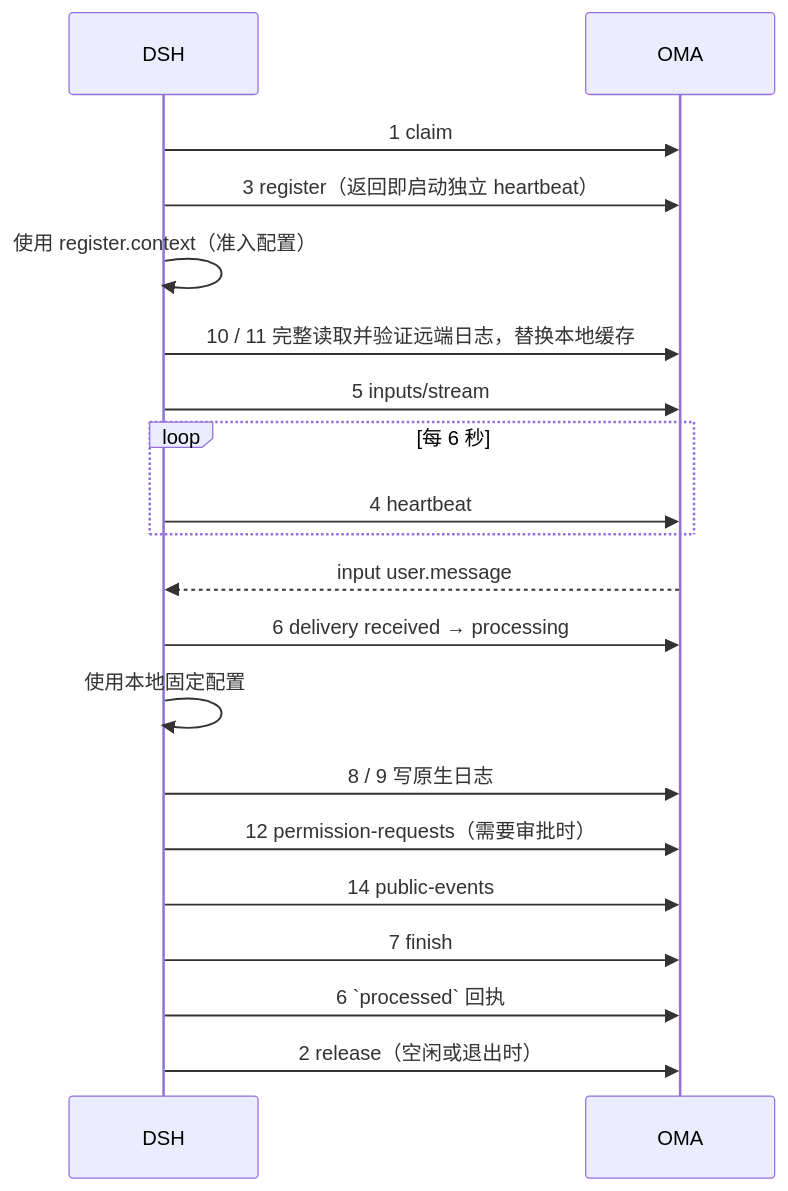
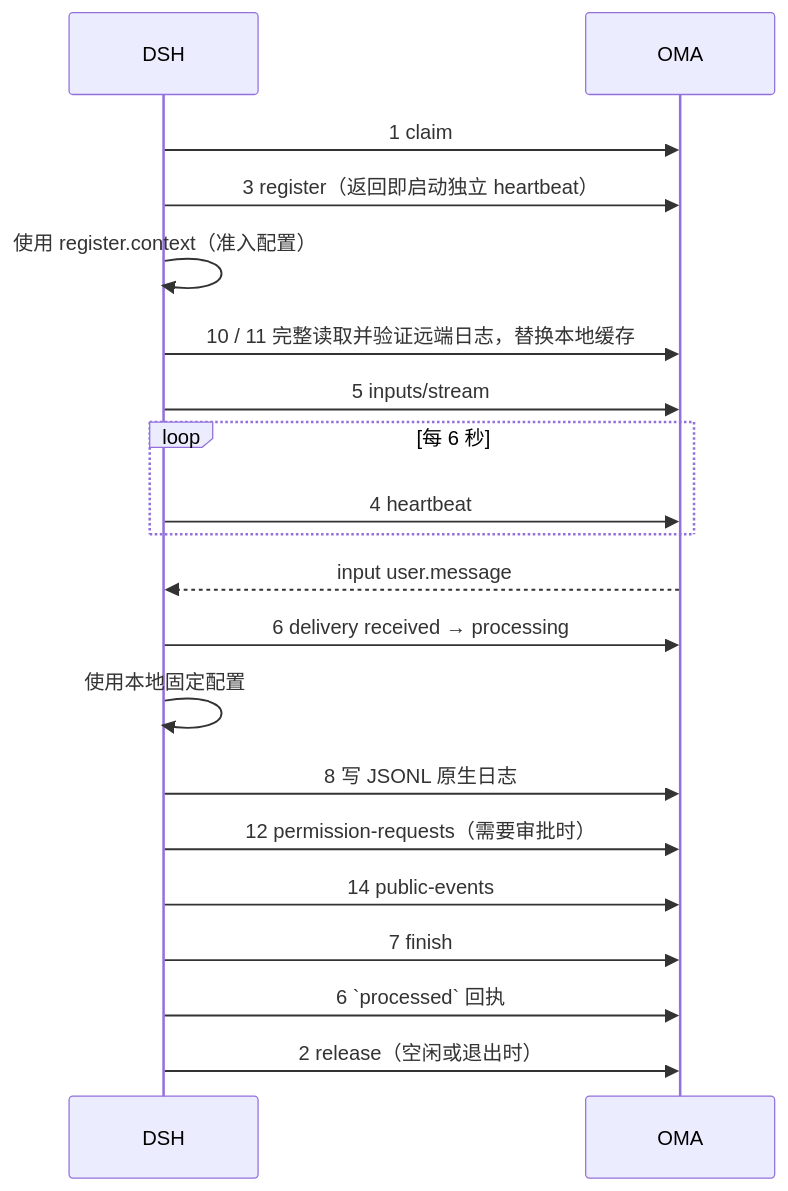
Before and after one commit to superduck-ai/open-managed-agents: the diagram in docs/design/be/dsrv1/api-reference.md, drawn with Mermaid. The commit also changed other lines of this file and 77 other files, not shown here.

````diff
--- a/docs/design/be/dsrv1/api-reference.md
+++ b/docs/design/be/dsrv1/api-reference.md
@@ -32,22 +31,22 @@
 ```mermaid
 sequenceDiagram
     participant D as DSH
     participant A as OMA
     D->>A: 1 claim
     D->>A: 3 register（返回即启动独立 heartbeat）
     D->>D: 使用 register.context（准入配置）
     D->>A: 10 / 11 完整读取并验证远端日志，替换本地缓存
     D->>A: 5 inputs/stream
     loop 每 6 秒
         D->>A: 4 heartbeat
     end
     A-->>D: input user.message
     D->>A: 6 delivery received → processing
     D->>D: 使用本地固定配置
-    D->>A: 8 / 9 写原生日志
+    D->>A: 8 写 JSONL 原生日志
     D->>A: 12 permission-requests（需要审批时）
     D->>A: 14 public-events
     D->>A: 7 finish
     D->>A: 6 `processed` 回执
     D->>A: 2 release（空闲或退出时）
 ```
````
